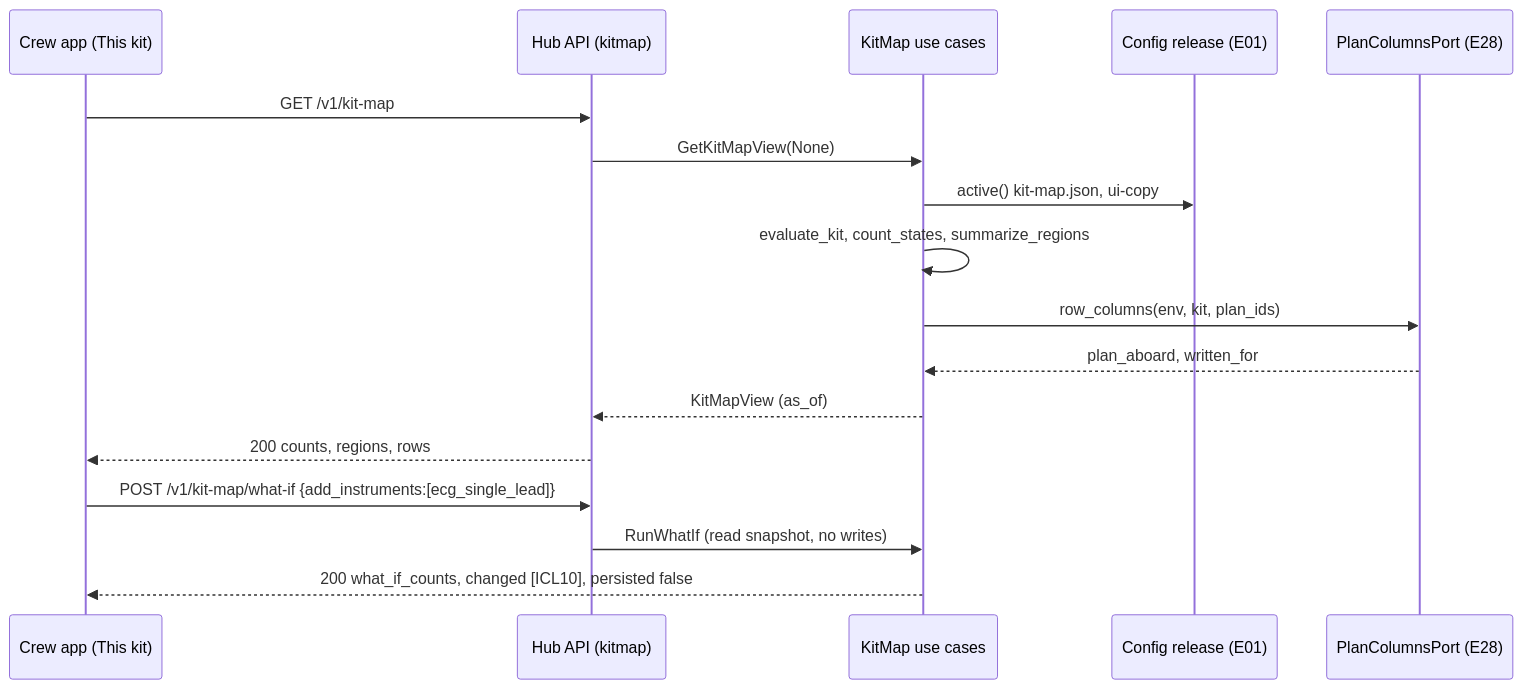
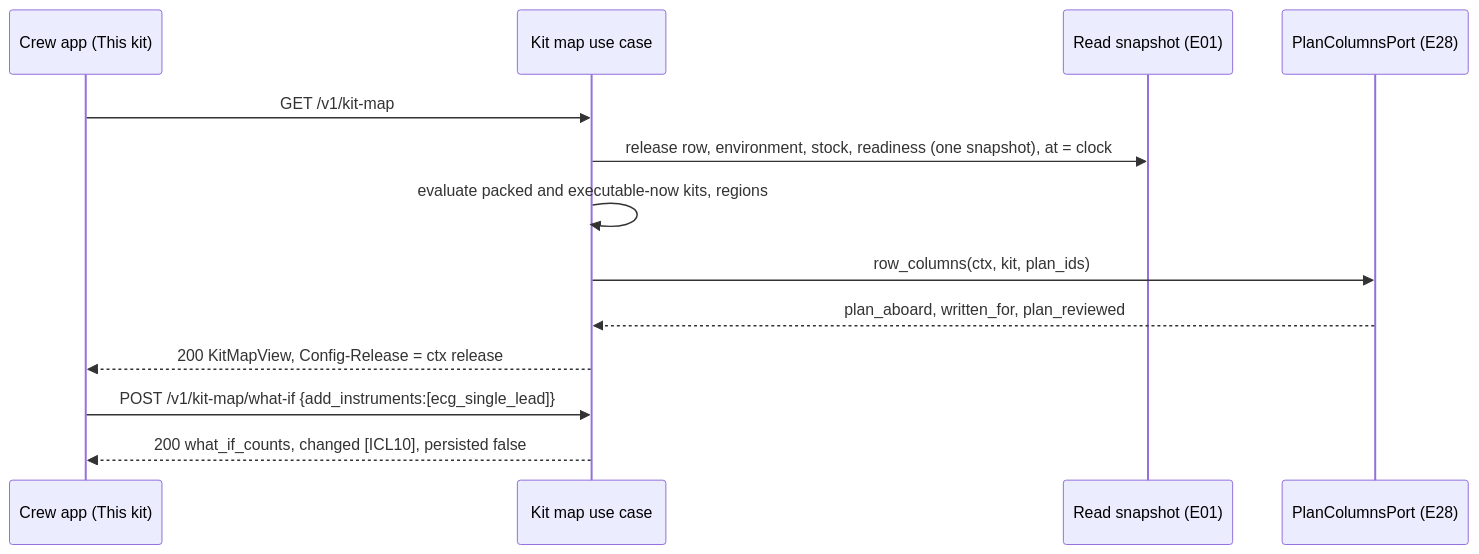
Before and after one commit to joaquingit1/vitales-health: the first of 2 diagrams in docs/tdd/E27.md, drawn with Mermaid. The commit also changed other lines of this file and 528 other files, not shown here.

First line of the commit message:
Shared architecture, revised designs and the product package in the repo

````diff
--- a/docs/tdd/E27.md
+++ b/docs/tdd/E27.md
@@ -807,19 +930,15 @@
 ```mermaid
 sequenceDiagram
   participant UI as Crew app (This kit)
-  participant API as Hub API (kitmap)
-  participant KM as KitMap use cases
-  participant CFG as Config release (E01)
+  participant KM as Kit map use case
+  participant DB as Read snapshot (E01)
   participant PL as PlanColumnsPort (E28)
-  UI->>API: GET /v1/kit-map
-  API->>KM: GetKitMapView(None)
-  KM->>CFG: active() kit-map.json, ui-copy
-  KM->>KM: evaluate_kit, count_states, summarize_regions
-  KM->>PL: row_columns(env, kit, plan_ids)
-  PL-->>KM: plan_aboard, written_for
-  KM-->>API: KitMapView (as_of)
-  API-->>UI: 200 counts, regions, rows
-  UI->>API: POST /v1/kit-map/what-if {add_instruments:[ecg_single_lead]}
-  API->>KM: RunWhatIf (read snapshot, no writes)
+  UI->>KM: GET /v1/kit-map
+  KM->>DB: release row, environment, stock, readiness (one snapshot), at = clock
+  KM->>KM: evaluate packed and executable-now kits, regions
+  KM->>PL: row_columns(ctx, kit, plan_ids)
+  PL-->>KM: plan_aboard, written_for, plan_reviewed
+  KM-->>UI: 200 KitMapView, Config-Release = ctx release
+  UI->>KM: POST /v1/kit-map/what-if {add_instruments:[ecg_single_lead]}
   KM-->>UI: 200 what_if_counts, changed [ICL10], persisted false
 ```
````
